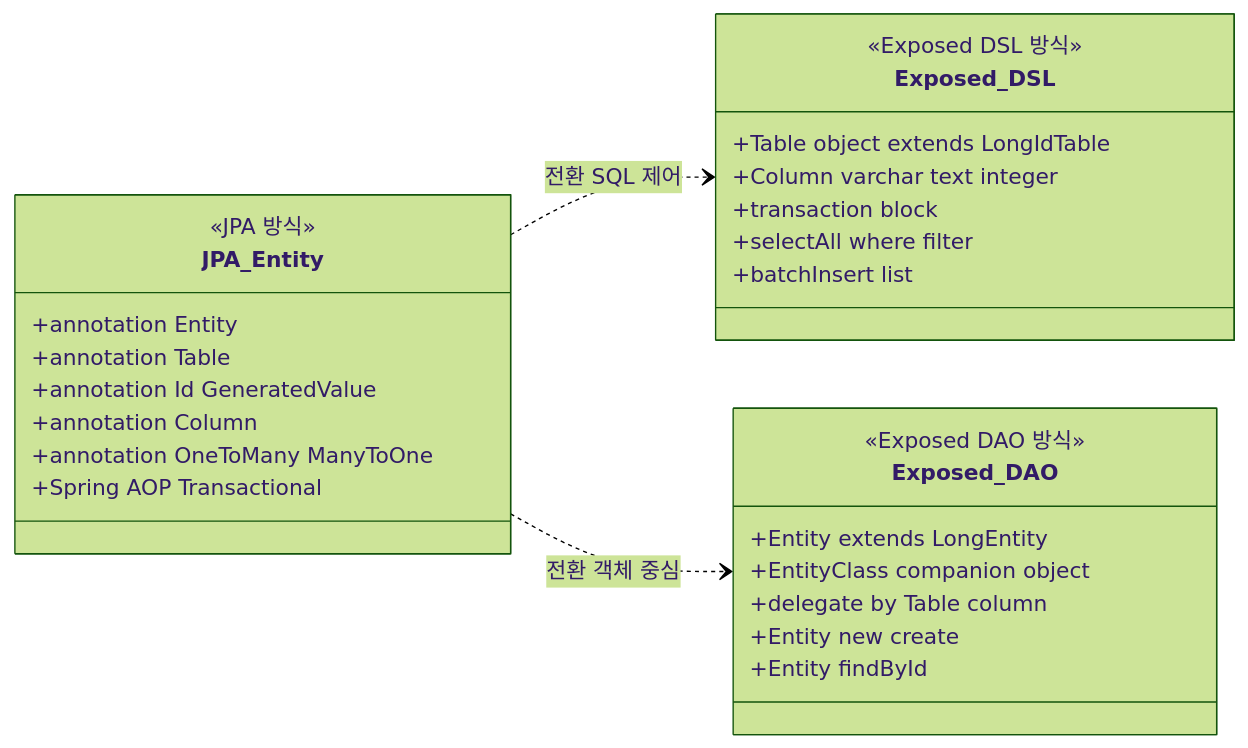
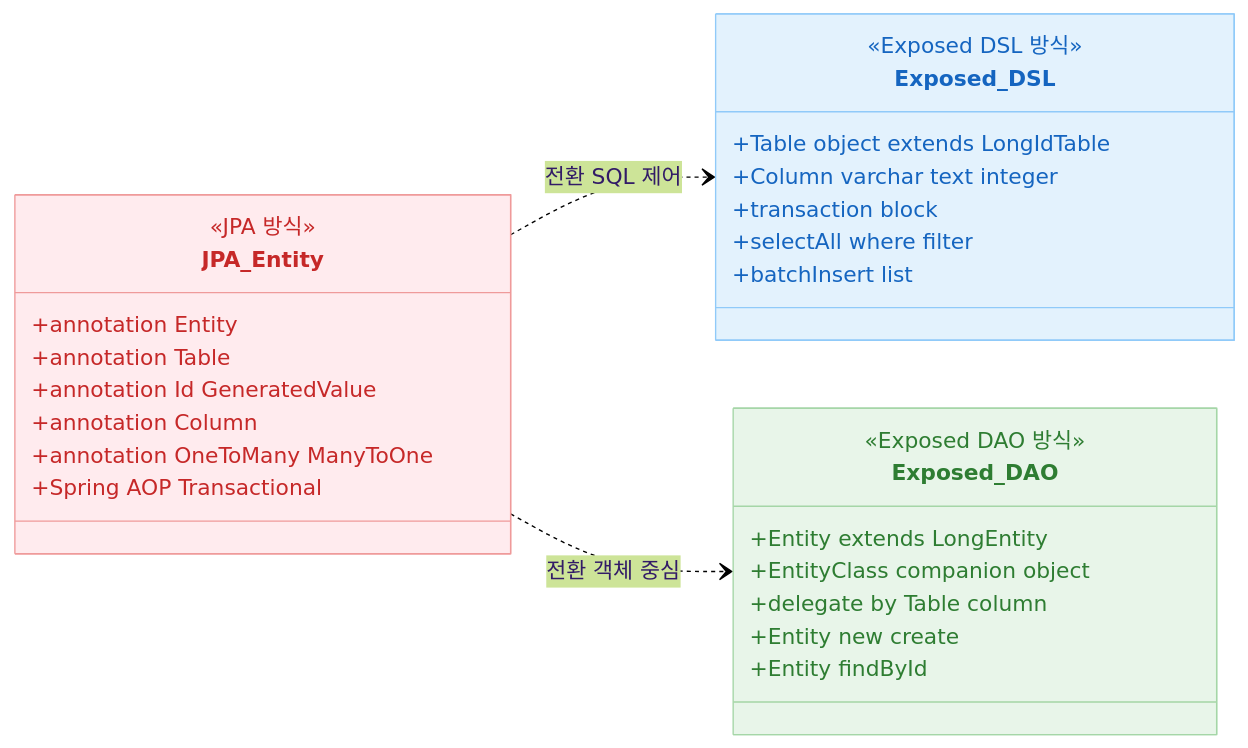
One commit to bluetape4k/exposed-workshop changed the second of 3 diagrams in 07-jpa/README.md. Above: the diagram before and after it, drawn with Mermaid (forest theme). The commit also changed other lines of this file and 56 other files, not shown here.

First line of the commit message:
docs: 전체 README mermaid 다이어그램에 파스텔 톤 색상 적용

````diff
--- a/07-jpa/README.md
+++ b/07-jpa/README.md
@@ -47,32 +59,36 @@
 ```mermaid
 classDiagram
     direction LR
     class JPA_Entity {
         <<JPA 방식>>
         +annotation Entity
         +annotation Table
         +annotation Id GeneratedValue
         +annotation Column
         +annotation OneToMany ManyToOne
         +Spring AOP Transactional
     }
     class Exposed_DSL {
         <<Exposed DSL 방식>>
         +Table object extends LongIdTable
         +Column varchar text integer
         +transaction block
         +selectAll where filter
         +batchInsert list
     }
     class Exposed_DAO {
         <<Exposed DAO 방식>>
         +Entity extends LongEntity
         +EntityClass companion object
         +delegate by Table column
         +Entity new create
         +Entity findById
     }
 
     JPA_Entity ..> Exposed_DSL : 전환 SQL 제어
     JPA_Entity ..> Exposed_DAO : 전환 객체 중심
+
+    style JPA_Entity fill:#FFEBEE,stroke:#EF9A9A,color:#C62828
+    style Exposed_DSL fill:#E3F2FD,stroke:#90CAF9,color:#1565C0
+    style Exposed_DAO fill:#E8F5E9,stroke:#A5D6A7,color:#2E7D32
 ```
````
